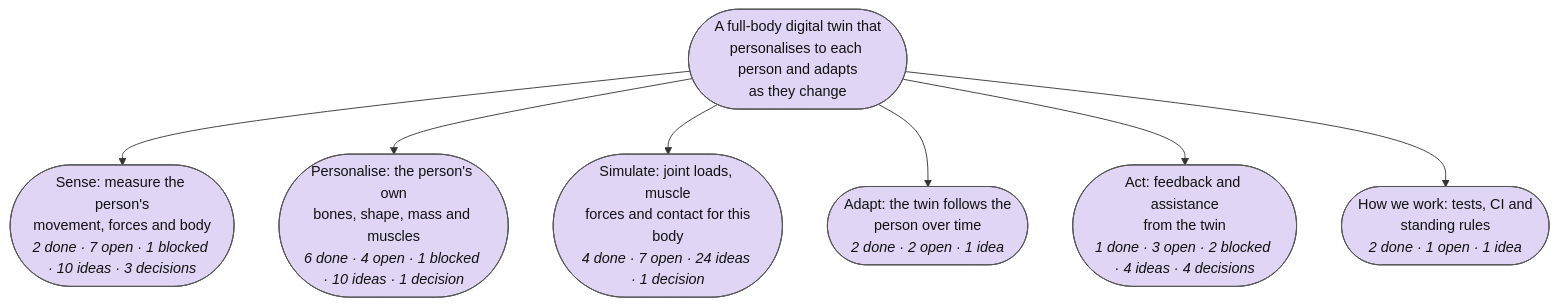
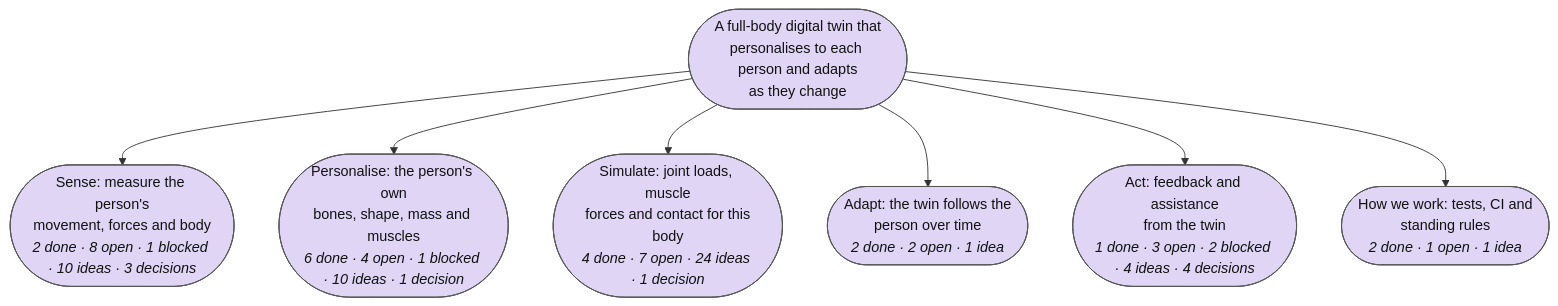
One commit to Sigurius23/Rehab-agent changed the first of 7 diagrams in plan/MAP.md. Above: the diagram before and after it, drawn with Mermaid. The commit also changed other lines of this file and 3 other files, not shown here.

````diff
--- a/plan/MAP.md
+++ b/plan/MAP.md
@@ -9,35 +9,35 @@
 ```mermaid
 flowchart TB
   r(["A full-body digital twin that<br/>personalises to each person and adapts<br/>as they change"]):::goal_open
-  p0(["Sense: measure the person's<br/>movement, forces and body<br/><i>2 done · 7 open · 1 blocked · 10 ideas · 3 decisions</i>"]):::goal_open
+  p0(["Sense: measure the person's<br/>movement, forces and body<br/><i>2 done · 8 open · 1 blocked · 10 ideas · 3 decisions</i>"]):::goal_open
   r --> p0
   p1(["Personalise: the person's own<br/>bones, shape, mass and muscles<br/><i>6 done · 4 open · 1 blocked · 10 ideas · 1 decision</i>"]):::goal_open
   r --> p1
   p2(["Simulate: joint loads, muscle<br/>forces and contact for this<br/>body<br/><i>4 done · 7 open · 24 ideas · 1 decision</i>"]):::goal_open
   r --> p2
   p3(["Adapt: the twin follows the<br/>person over time<br/><i>2 done · 2 open · 1 idea</i>"]):::goal_open
   r --> p3
   p4(["Act: feedback and assistance<br/>from the twin<br/><i>1 done · 3 open · 2 blocked · 4 ideas · 4 decisions</i>"]):::goal_open
   r --> p4
   p5(["How we work: tests, CI and<br/>standing rules<br/><i>2 done · 1 open · 1 idea</i>"]):::goal_open
   r --> p5
   classDef goal_open fill:#e1d5f5,stroke:#555,color:#111
   classDef goal_done fill:#c8e6c9,stroke:#555,color:#111
   classDef step_open fill:#ffffff,stroke:#555,color:#111
   classDef step_doing fill:#fff3c4,stroke:#555,color:#111
   classDef step_done fill:#c8e6c9,stroke:#555,color:#111
   classDef step_blocked fill:#ffe0b2,stroke:#555,color:#111
   classDef step_dropped fill:#eeeeee,stroke:#555,color:#111
   classDef test_planned fill:#ffffff,stroke:#555,color:#111
   classDef test_running fill:#fff3c4,stroke:#555,color:#111
   classDef test_passed fill:#c8e6c9,stroke:#555,color:#111
   classDef test_failed fill:#ffcdd2,stroke:#555,color:#111
   classDef test_mixed fill:#fff3c4,stroke:#555,color:#111
   classDef test_dropped fill:#eeeeee,stroke:#555,color:#111
   classDef idea_new fill:#d7f0f7,stroke:#555,color:#111,stroke-dasharray: 4 3
   classDef idea_promoted fill:#eeeeee,stroke:#555,color:#111,stroke-dasharray: 4 3
   classDef idea_dropped fill:#eeeeee,stroke:#555,color:#111,stroke-dasharray: 4 3
   classDef decision_open fill:#ffe0b2,stroke:#555,color:#111
   classDef decision_decided fill:#ffe0b2,stroke:#555,color:#111
   classDef external fill:#f5f5f5,stroke:#aaa,color:#777,stroke-dasharray: 2 2
 ```
````
